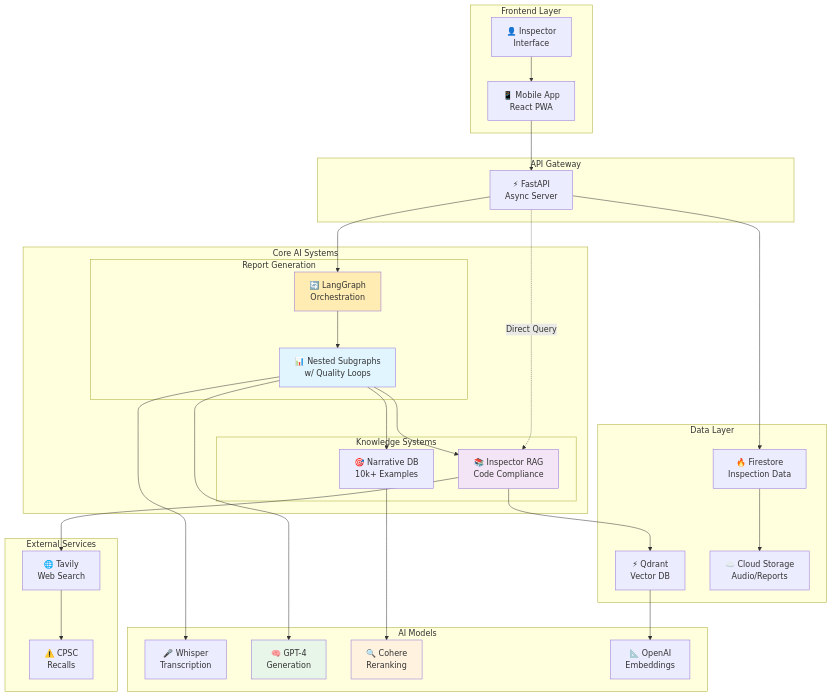
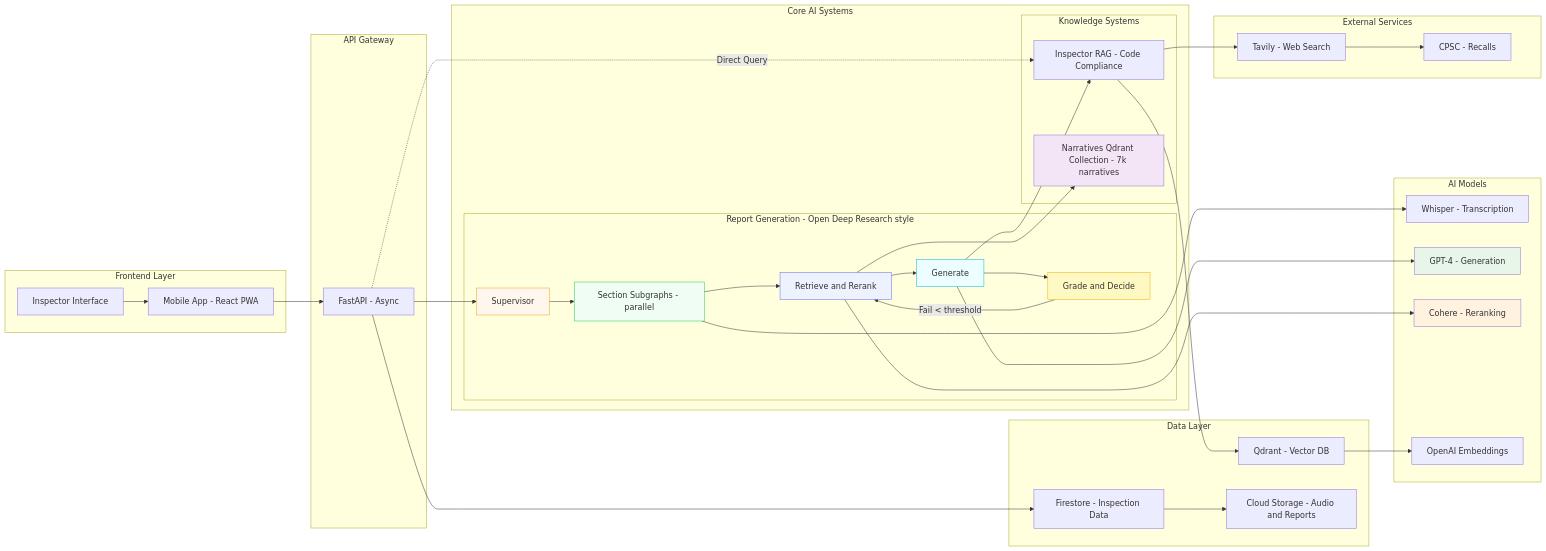
Before and after one commit to nilay320/House_Whisperer: the first of 2 diagrams in docs/demo_day_architecture.md, drawn with Mermaid. The commit also changed 7 other files, not shown here.

````diff
--- a/docs/demo_day_architecture.md
+++ b/docs/demo_day_architecture.md
@@ -12,71 +12,76 @@
 ```mermaid
-graph TB
+graph LR
     subgraph "Frontend Layer"
-        Mobile[📱 Mobile App<br/>React PWA]
-        Inspector[👤 Inspector<br/>Interface]
+        Inspector[Inspector Interface]
+        Mobile[Mobile App - React PWA]
+        Inspector --> Mobile
     end
-    
+
     subgraph "API Gateway"
-        FastAPI[⚡ FastAPI<br/>Async Server]
+        FastAPI[FastAPI - Async]
     end
-    
+
     subgraph "Core AI Systems"
-        subgraph "Report Generation"
-            LangGraph[🔄 LangGraph<br/>Orchestration]
-            Subgraph[📊 Nested Subgraphs<br/>w/ Quality Loops]
+        subgraph "Report Generation - Open Deep Research style"
+            Supervisor[Supervisor]
+            Fanout[Section Subgraphs - parallel]
+            RetrieveRank[Retrieve and Rerank]
+            Generate[Generate]
+            Grade[Grade and Decide]
+            Supervisor --> Fanout --> RetrieveRank --> Generate --> Grade
+            Grade -- "Fail &lt; threshold" --> RetrieveRank
         end
-        
+
         subgraph "Knowledge Systems"
-            RAG[📚 Inspector RAG<br/>Code Compliance]
-            Narratives[🎯 Narrative DB<br/>10k+ Examples]
+            InspectorRAG[Inspector RAG - Code Compliance]
+            Narratives[Narratives Qdrant Collection - 7k narratives]
         end
     end
-    
+
     subgraph "AI Models"
-        Whisper[🎤 Whisper<br/>Transcription]
-        GPT4[🧠 GPT-4<br/>Generation]
-        Cohere[🔍 Cohere<br/>Reranking]
-        Embeddings[📐 OpenAI<br/>Embeddings]
+        Whisper[Whisper - Transcription]
+        GPT4[GPT-4 - Generation]
+        Cohere[Cohere - Reranking]
+        Embeddings[OpenAI Embeddings]
     end
-    
+
     subgraph "Data Layer"
-        Firebase[🔥 Firestore<br/>Inspection Data]
-        Qdrant[⚡ Qdrant<br/>Vector DB]
-        Storage[☁️ Cloud Storage<br/>Audio/Reports]
+        Firebase[Firestore - Inspection Data]
+        Qdrant[Qdrant - Vector DB]
+        Storage[Cloud Storage - Audio and Reports]
     end
-    
+
     subgraph "External Services"
-        Tavily[🌐 Tavily<br/>Web Search]
-        CPSC[⚠️ CPSC<br/>Recalls]
+        Tavily[Tavily - Web Search]
+        CPSC[CPSC - Recalls]
     end
-    
-    Inspector --> Mobile
+
     Mobile --> FastAPI
-    
-    FastAPI --> LangGraph
-    FastAPI -.->|Direct Query| RAG
-    
-    LangGraph --> Subgraph
-    Subgraph --> RAG
-    Subgraph --> Narratives
-    
-    RAG --> Qdrant
-    Narratives --> Cohere
-    
-    Subgraph --> GPT4
-    Subgraph --> Whisper
-    
+    FastAPI --> Supervisor
+    FastAPI -.->|Direct Query| InspectorRAG
+
+    RetrieveRank --> Narratives
+    RetrieveRank --> Cohere
+    Generate --> InspectorRAG
+
+    Fanout --> Whisper
+    Generate --> GPT4
+
     FastAPI --> Firebase
     Firebase --> Storage
-    
-    RAG --> Tavily
+
+    InspectorRAG --> Qdrant
+    Qdrant --> Embeddings
+
+    InspectorRAG --> Tavily
     Tavily --> CPSC
-    
-    Qdrant --> Embeddings
-    
-    style LangGraph fill:#ffecb3
-    style Subgraph fill:#e1f5fe
-    style RAG fill:#f3e5f5
+
+    style Supervisor fill:#fff7ed,stroke:#f59e0b
+    style Fanout fill:#f0fdf4,stroke:#22c55e
+    style RetrieveRank fill:#eef2ff,stroke:#6366f1
+    style Generate fill:#ecfeff,stroke:#06b6d4
+    style Grade fill:#fef9c3,stroke:#eab308
+    style Narratives fill:#f3e5f5
     style GPT4 fill:#e8f5e9
     style Cohere fill:#fff3e0
 ```
````
